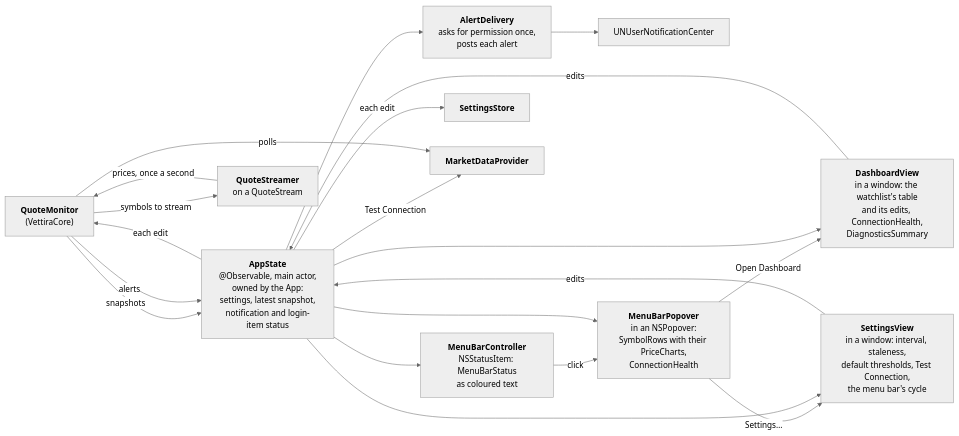
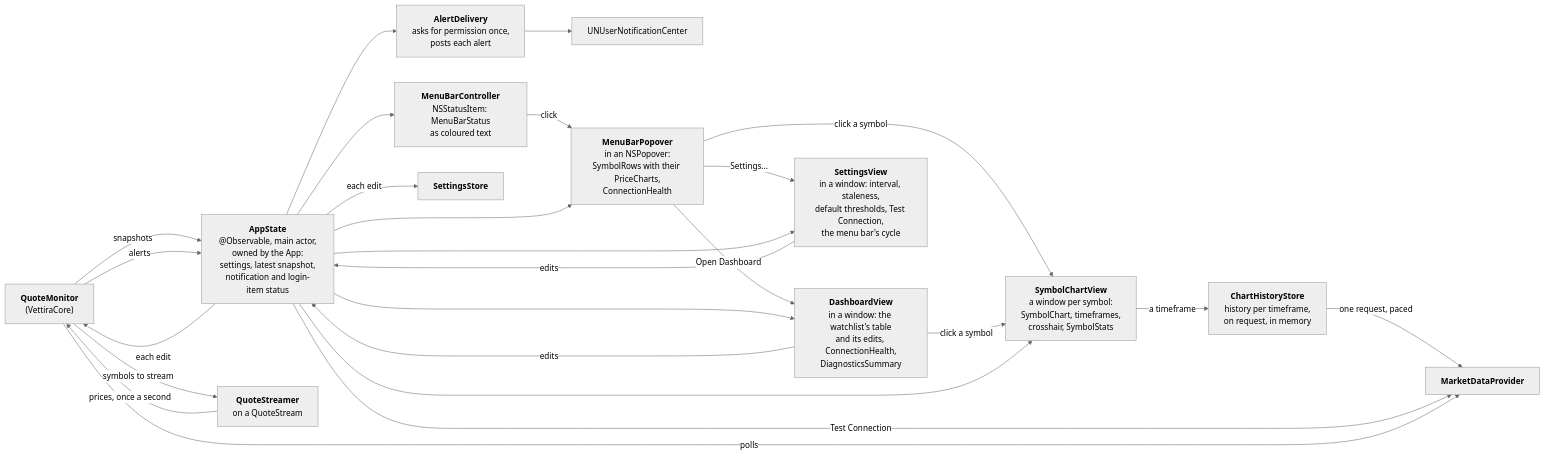
Before and after one commit to nikpietanze/vettira: the second of 6 diagrams in docs/architecture.md, drawn with Mermaid (neutral theme). The commit also changed other lines of this file and 38 other files, not shown here.

Commit message:
Add a symbol chart window with timeframes, and sparklines in the dashboard

````diff
--- a/docs/architecture.md
+++ b/docs/architecture.md
@@ -51,32 +51,38 @@
 ```mermaid
 flowchart LR
     monitor["<b>QuoteMonitor</b><br/>(VettiraCore)"]
     state["<b>AppState</b><br/>@Observable, main actor,<br/>owned by the App:<br/>settings, latest snapshot,<br/>notification and login-item status"]
     delivery["<b>AlertDelivery</b><br/>asks for permission once,<br/>posts each alert"]
     center["UNUserNotificationCenter"]
     controller["<b>MenuBarController</b><br/>NSStatusItem: MenuBarStatus<br/>as coloured text"]
     popover["<b>MenuBarPopover</b><br/>in an NSPopover:<br/>SymbolRows with their PriceCharts,<br/>ConnectionHealth"]
     dashboard["<b>DashboardView</b><br/>in a window: the watchlist's table<br/>and its edits, ConnectionHealth,<br/>DiagnosticsSummary"]
     settingsView["<b>SettingsView</b><br/>in a window: interval, staleness,<br/>default thresholds, Test Connection,<br/>the menu bar's cycle"]
+    chartView["<b>SymbolChartView</b><br/>a window per symbol:<br/>SymbolChart, timeframes,<br/>crosshair, SymbolStats"]
+    history["<b>ChartHistoryStore</b><br/>history per timeframe,<br/>on request, in memory"]
     store["<b>SettingsStore</b>"]
     provider["<b>MarketDataProvider</b>"]
     streamer["<b>QuoteStreamer</b><br/>on a QuoteStream"]
     monitor -- snapshots --> state
     monitor -- alerts --> state
     state --> delivery --> center
     state --> controller
     controller -- click --> popover
     popover -- Open Dashboard --> dashboard
     popover -- Settings… --> settingsView
+    popover -- click a symbol --> chartView
+    dashboard -- click a symbol --> chartView
+    state --> chartView
+    chartView -- a timeframe --> history -- one request, paced --> provider
     state --> popover
     state --> dashboard
     state --> settingsView
     dashboard -- edits --> state
     settingsView -- edits --> state
     state -- each edit --> store
     state -- each edit --> monitor
     state -- Test Connection --> provider
     monitor -- polls --> provider
     monitor -- symbols to stream --> streamer
     streamer -- prices, once a second --> monitor
 ```
````
